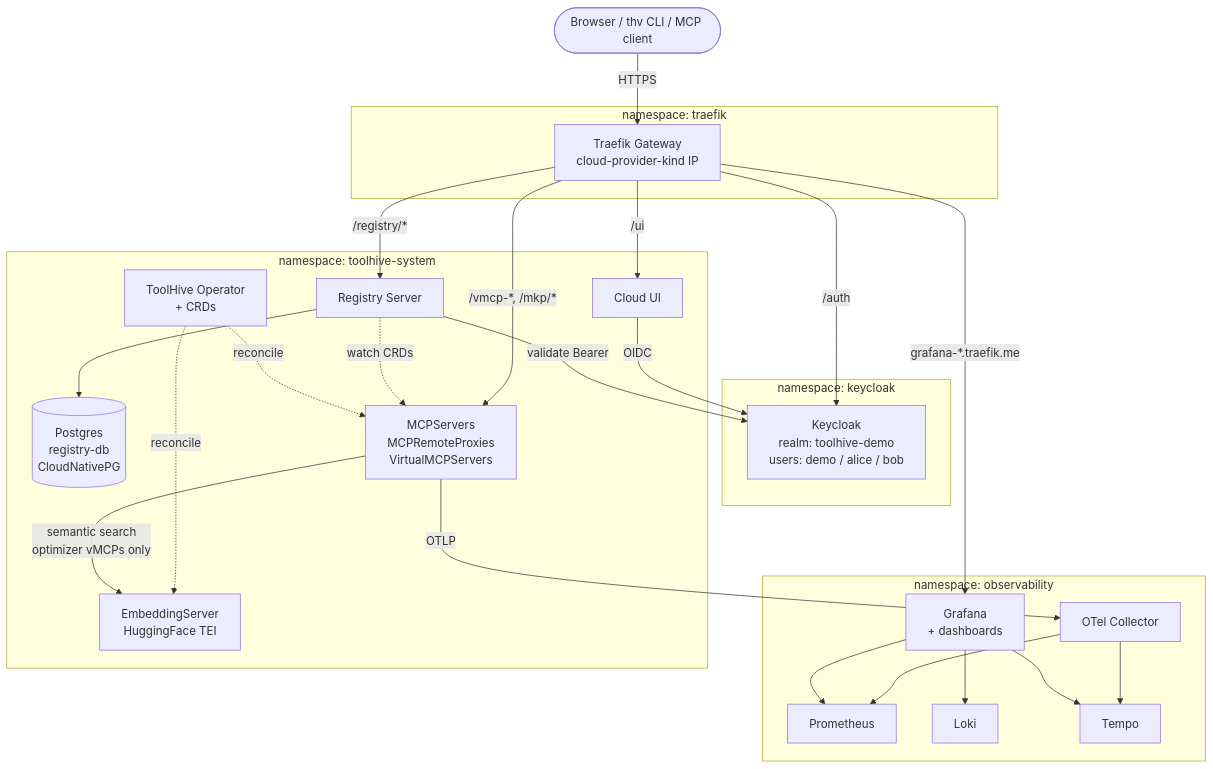
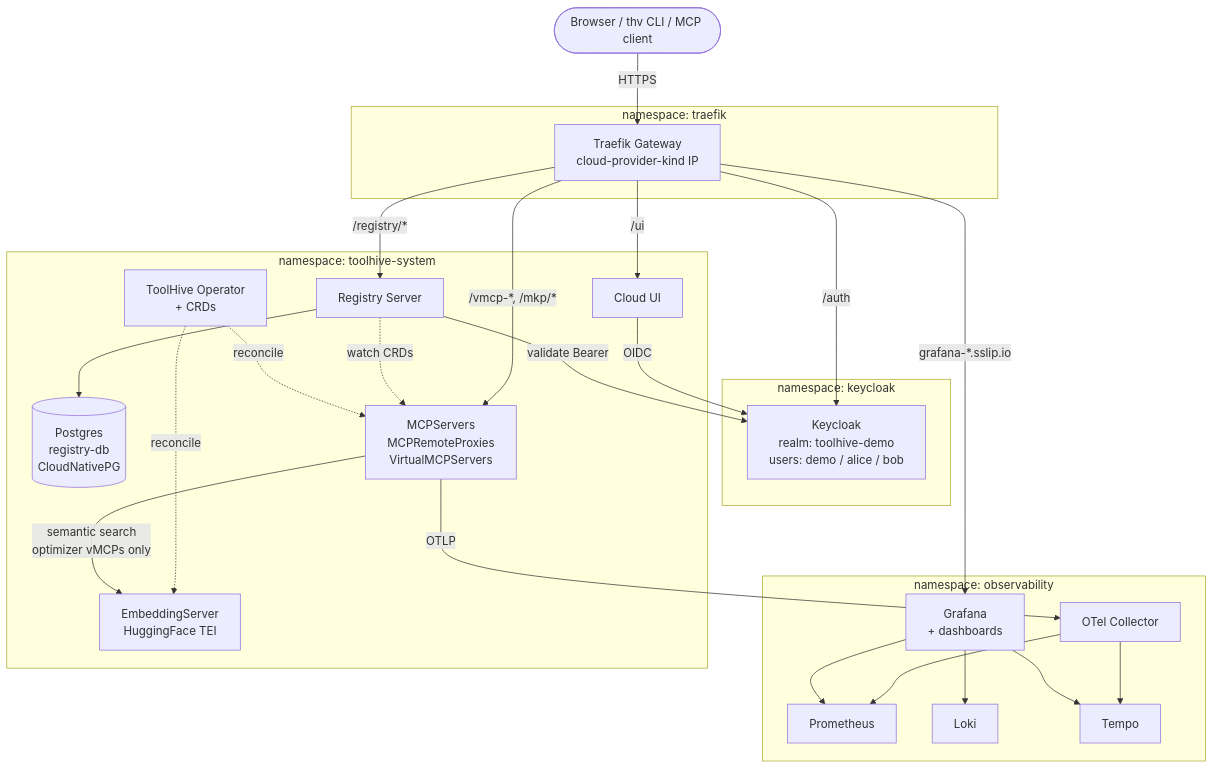
The first of 4 diagrams in ARCHITECTURE.md (StacklokLabs/toolhive-demo-sandbox), drawn with Mermaid before and after one commit. The commit also changed 8 other files, not shown here.

First line of the commit message:
Move demo hostnames from traefik.me to sslip.io (#128)

````diff
--- a/ARCHITECTURE.md
+++ b/ARCHITECTURE.md
@@ -18,50 +18,50 @@
 ```mermaid
 graph TB
   Browser([Browser / thv CLI / MCP client])
 
   subgraph traefik[namespace: traefik]
     Gateway[Traefik Gateway<br/>cloud-provider-kind IP]
   end
 
   subgraph keycloak[namespace: keycloak]
     KC[Keycloak<br/>realm: toolhive-demo<br/>users: demo / alice / bob]
   end
 
   subgraph observability[namespace: observability]
     Otel[OTel Collector]
     Prom[Prometheus]
     Loki[Loki]
     Tempo[Tempo]
     Graf[Grafana<br/>+ dashboards]
   end
 
   subgraph toolhive[namespace: toolhive-system]
     Op[ToolHive Operator<br/>+ CRDs]
     Reg[Registry Server]
     UI[Cloud UI]
     PG[(Postgres<br/>registry-db<br/>CloudNativePG)]
     Emb[EmbeddingServer<br/>HuggingFace TEI]
     Workloads[MCPServers<br/>MCPRemoteProxies<br/>VirtualMCPServers]
   end
 
   Browser -->|HTTPS| Gateway
   Gateway -->|/ui| UI
   Gateway -->|/registry/*| Reg
   Gateway -->|/vmcp-*, /mkp/*| Workloads
   Gateway -->|/auth| KC
-  Gateway -->|grafana-*.traefik.me| Graf
+  Gateway -->|grafana-*.sslip.io| Graf
 
   UI -->|OIDC| KC
   Reg -->|validate Bearer| KC
   Reg --> PG
   Reg -.watch CRDs.-> Workloads
   Op -.reconcile.-> Workloads
   Op -.reconcile.-> Emb
   Workloads -->|semantic search<br/>optimizer vMCPs only| Emb
   Workloads -->|OTLP| Otel
   Otel --> Tempo
   Otel --> Prom
   Graf --> Prom
   Graf --> Loki
   Graf --> Tempo
 ```
````
